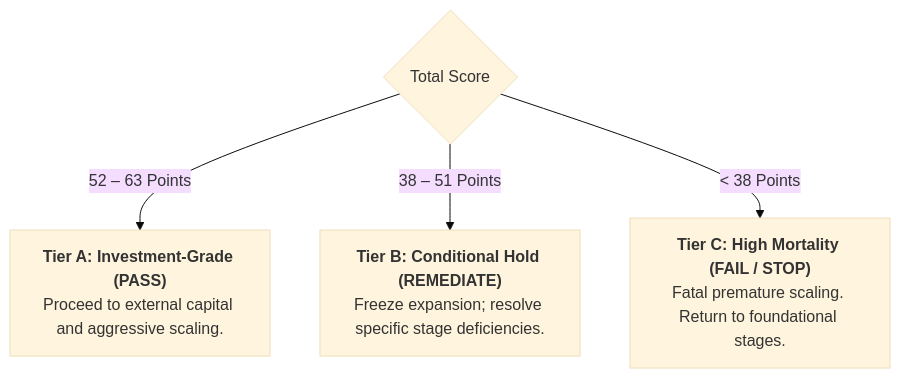
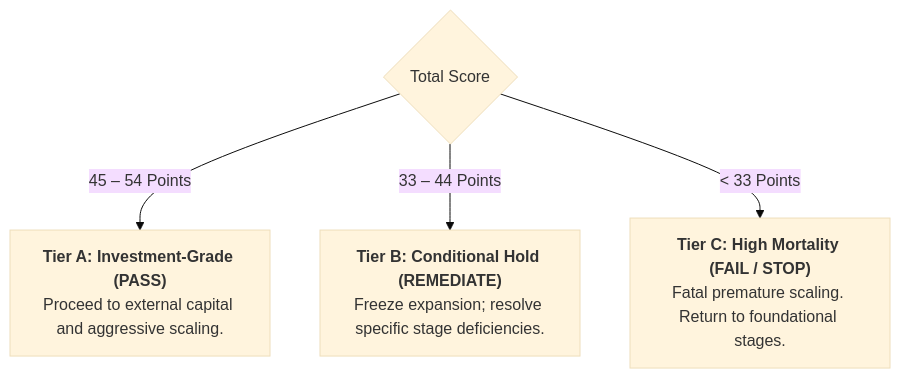
The third of 3 diagrams in vite-book/guides/how-to-conduct-stage-gate-audit.md (nghuyenthevinh2000/innovation-research), drawn with Mermaid (base theme) before and after one commit. The commit also changed other lines of this file and 26 other files, not shown here.

Commit message:
feat(stages): merge Stage 2 and 3 into Technology-Market Fit 6-stage lifecycle

````diff
--- a/vite-book/guides/how-to-conduct-stage-gate-audit.md
+++ b/vite-book/guides/how-to-conduct-stage-gate-audit.md
@@ -183,7 +168,7 @@
 ```mermaid
 flowchart TD
     Score{"Total Score"}
-    Score -- "52 – 63 Points" --> TierA["<b>Tier A: Investment-Grade (PASS)</b><br/>Proceed to external capital and aggressive scaling."]
-    Score -- "38 – 51 Points" --> TierB["<b>Tier B: Conditional Hold (REMEDIATE)</b><br/>Freeze expansion; resolve specific stage deficiencies."]
-    Score -- "< 38 Points" --> TierC["<b>Tier C: High Mortality (FAIL / STOP)</b><br/>Fatal premature scaling. Return to foundational stages."]
+    Score -- "45 – 54 Points" --> TierA["<b>Tier A: Investment-Grade (PASS)</b><br/>Proceed to external capital and aggressive scaling."]
+    Score -- "33 – 44 Points" --> TierB["<b>Tier B: Conditional Hold (REMEDIATE)</b><br/>Freeze expansion; resolve specific stage deficiencies."]
+    Score -- "< 33 Points" --> TierC["<b>Tier C: High Mortality (FAIL / STOP)</b><br/>Fatal premature scaling. Return to foundational stages."]
 ```
````
